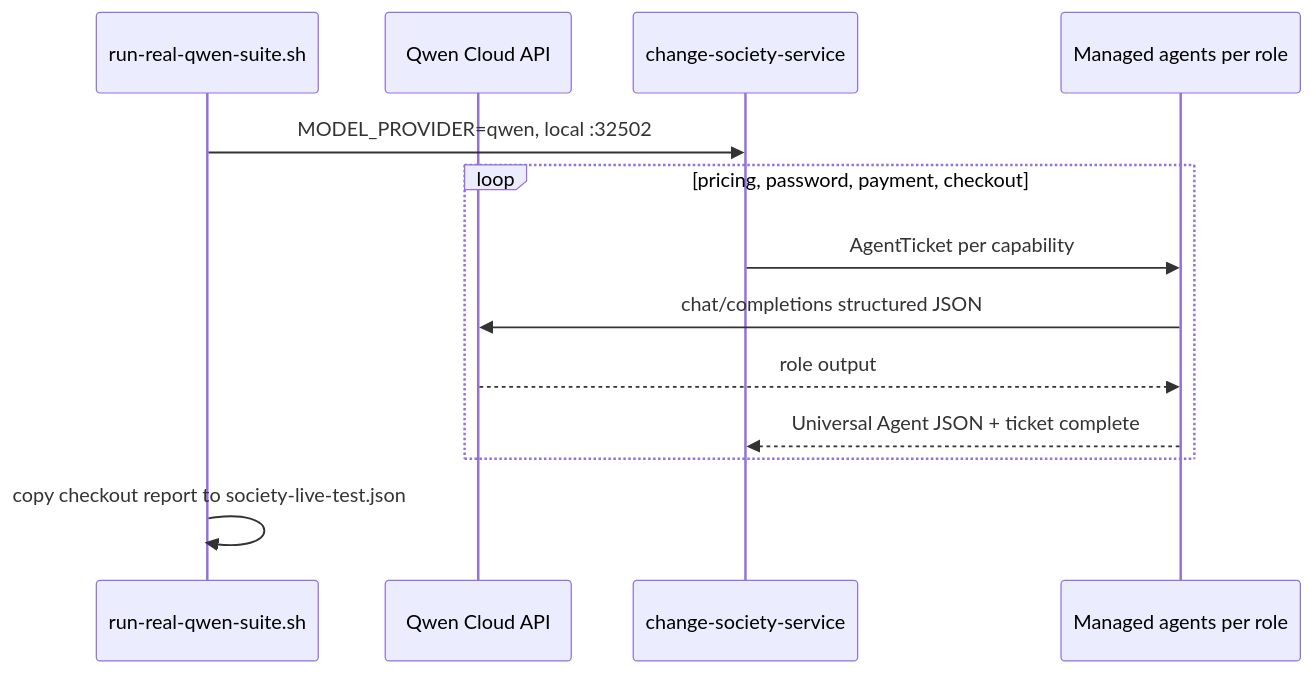
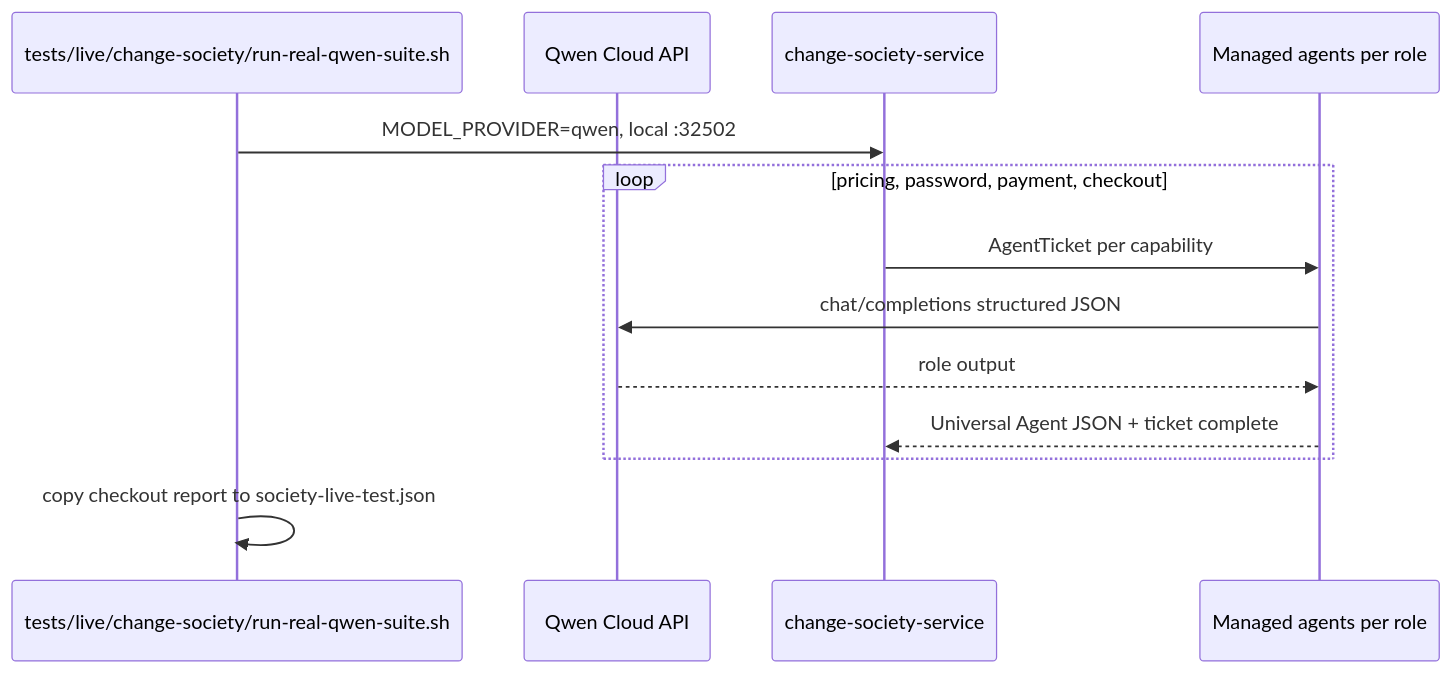
Before and after one commit to Sepideh-Asadollahi/AgentCore-Hackathon: the fourth of 7 diagrams in docs/27-judge-live-and-real-test-evidence.md, drawn with Mermaid. The commit also changed other lines of this file and 60 other files, not shown here.

````diff
--- a/docs/27-judge-live-and-real-test-evidence.md
+++ b/docs/27-judge-live-and-real-test-evidence.md
@@ -129,16 +129,16 @@
 ```mermaid
 sequenceDiagram
-  participant H as run-real-qwen-suite.sh
+  participant H as tests/live/change-society/run-real-qwen-suite.sh
   participant Q as Qwen Cloud API
   participant A as change-society-service
   participant R as Managed agents per role
 
   H->>A: MODEL_PROVIDER=qwen, local :32502
   loop pricing, password, payment, checkout
     A->>R: AgentTicket per capability
     R->>Q: chat/completions structured JSON
     Q-->>R: role output
     R-->>A: Universal Agent JSON + ticket complete
   end
   H->>H: copy checkout report to society-live-test.json
 ```
````
